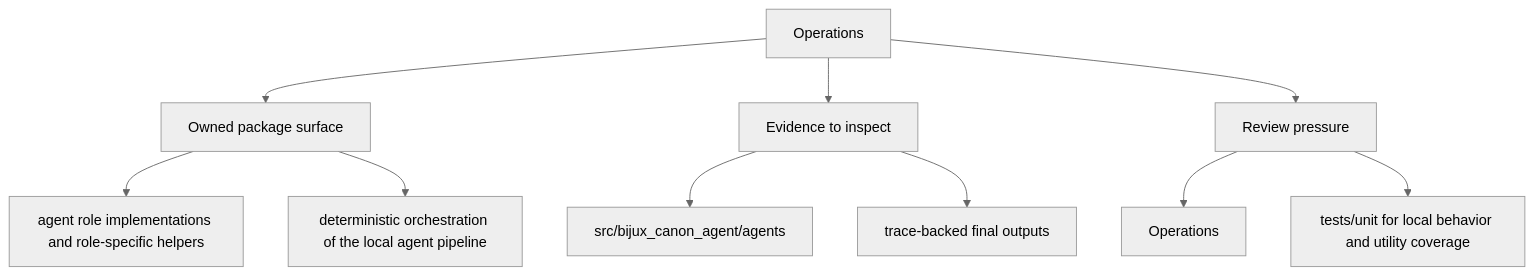
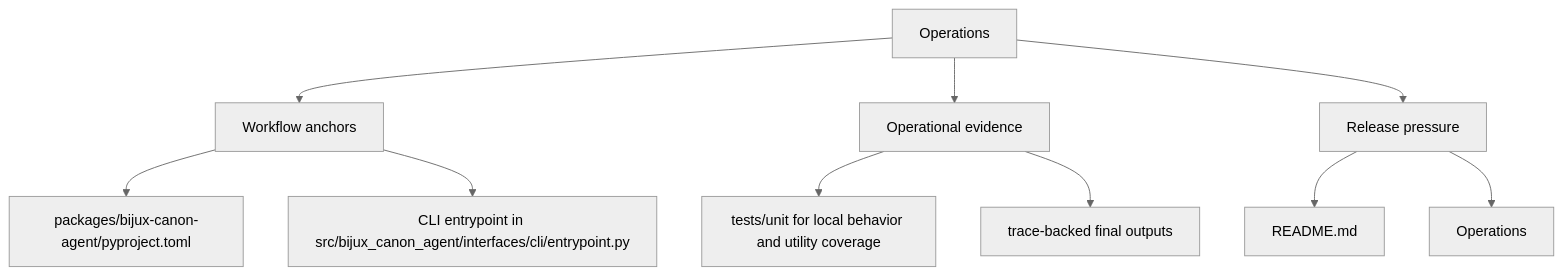
Before and after one commit to bijux/bijux-canon: the second of 2 diagrams in docs/bijux-canon-agent/operations/index.md, drawn with Mermaid (neutral theme). The commit also changed other lines of this file and 250 other files, not shown here.

Commit message:
docs(diagrams): make product page maps more readable

````diff
--- a/docs/bijux-canon-agent/operations/index.md
+++ b/docs/bijux-canon-agent/operations/index.md
@@ -32,22 +32,22 @@
 ```mermaid
 flowchart TD
     page["Operations"]
-    focus1["Owned package surface"]
+    focus1["Workflow anchors"]
     page --> focus1
-    focus1_1["agent role implementations and role-specific helpers"]
+    focus1_1["packages/bijux-canon-agent/pyproject.toml"]
     focus1 --> focus1_1
-    focus1_2["deterministic orchestration of the local agent pipeline"]
+    focus1_2["CLI entrypoint in src/bijux_canon_agent/interfaces/cli/entrypoint.py"]
     focus1 --> focus1_2
-    focus2["Evidence to inspect"]
+    focus2["Operational evidence"]
     page --> focus2
-    focus2_1["src/bijux_canon_agent/agents"]
+    focus2_1["tests/unit for local behavior and utility coverage"]
     focus2 --> focus2_1
     focus2_2["trace-backed final outputs"]
     focus2 --> focus2_2
-    focus3["Review pressure"]
+    focus3["Release pressure"]
     page --> focus3
-    focus3_1["Operations"]
+    focus3_1["README.md"]
     focus3 --> focus3_1
-    focus3_2["tests/unit for local behavior and utility coverage"]
+    focus3_2["Operations"]
     focus3 --> focus3_2
 ```
````
